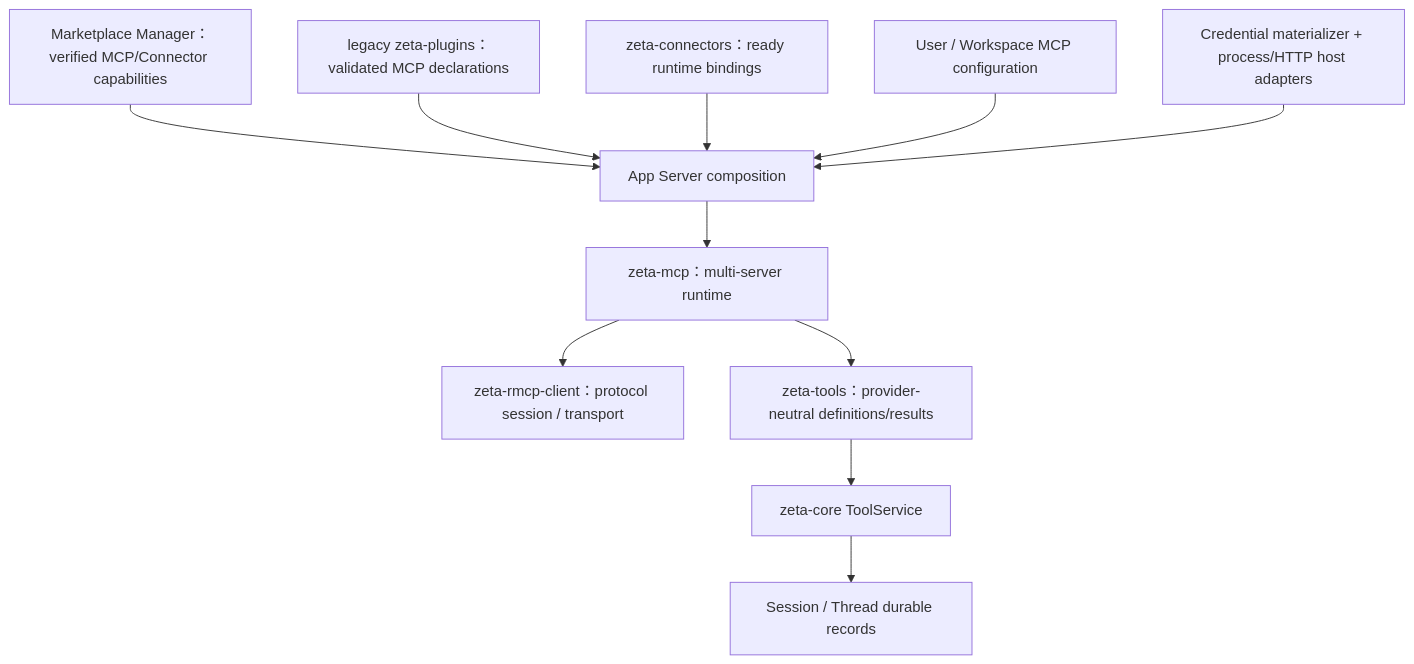
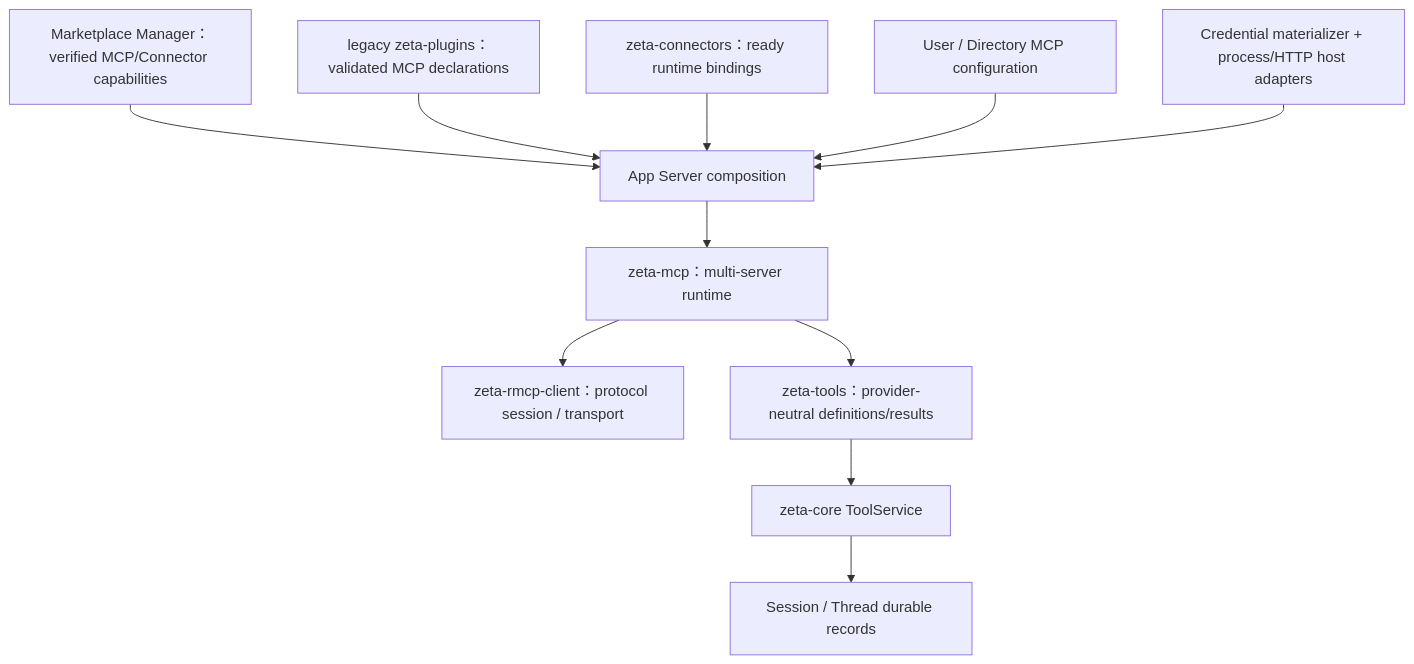
Before and after one commit to chogng/zeta: the second of 2 diagrams in docs/mcp.md, drawn with Mermaid. The commit also changed other lines of this file and 41 other files, not shown here.

````diff
--- a/docs/mcp.md
+++ b/docs/mcp.md
@@ -203,13 +203,13 @@
 ```mermaid
 flowchart TD
     P["Marketplace Manager：verified MCP/Connector capabilities"] --> A["App Server composition"]
     L["legacy zeta-plugins：validated MCP declarations"] --> A
     C["zeta-connectors：ready runtime bindings"] --> A
-    U["User / Workspace MCP configuration"] --> A
+    U["User / Directory MCP configuration"] --> A
     H["Credential materializer + process/HTTP host adapters"] --> A
     A --> M["zeta-mcp：multi-server runtime"]
     M --> R["zeta-rmcp-client：protocol session / transport"]
     M --> Z["zeta-tools：provider-neutral definitions/results"]
     Z --> K["zeta-core ToolService"]
     K --> D["Session / Thread durable records"]
 ```
````
